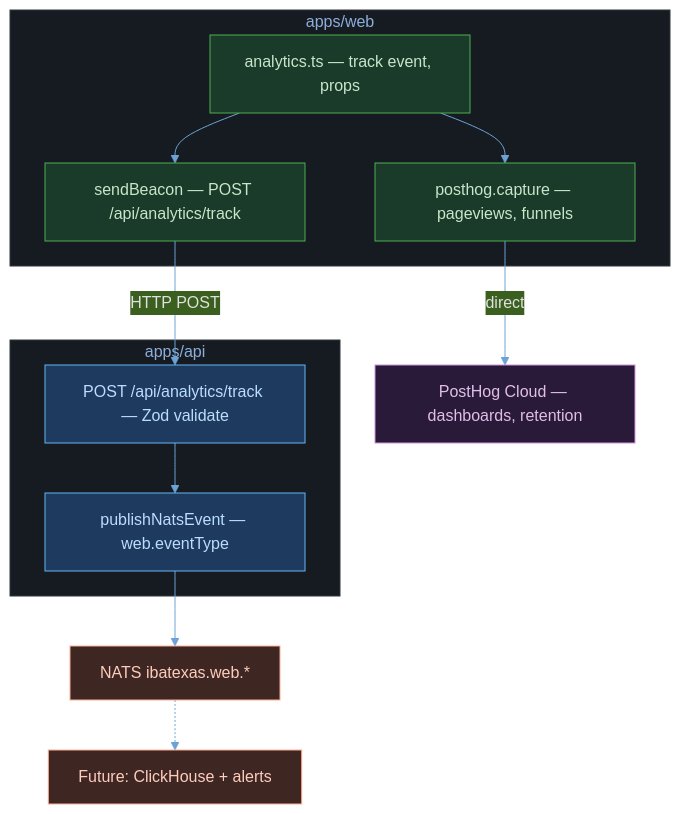
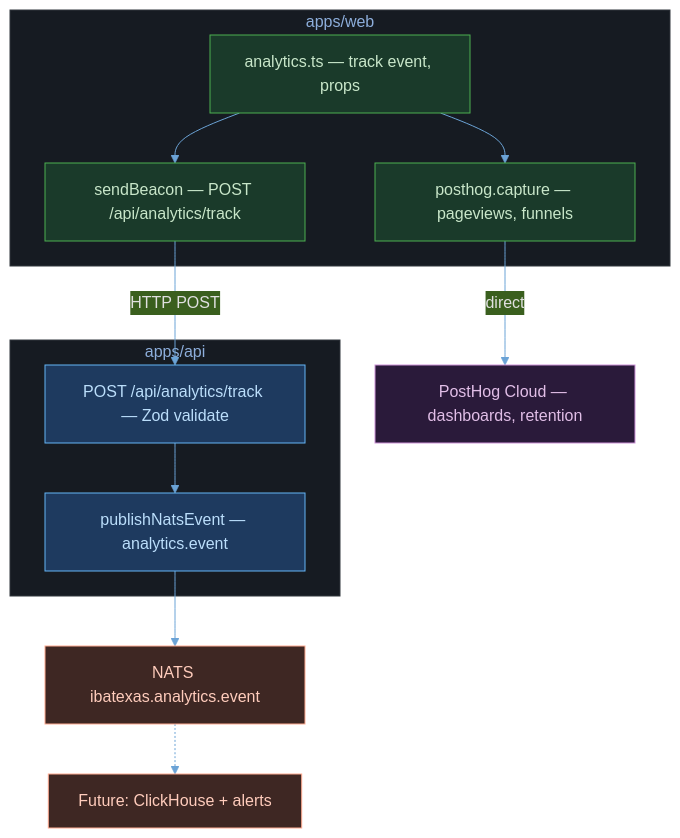
One commit to BrunoRodolpho/ibatexas changed the diagram in docs/ops/analytics-dashboards.md. Above: the diagram before and after it, drawn with Mermaid. The commit also changed other lines of this file and 239 other files, not shown here.

````diff
--- a/docs/ops/analytics-dashboards.md
+++ b/docs/ops/analytics-dashboards.md
@@ -5,35 +5,35 @@
 ```mermaid
 %%{init: {'theme': 'base', 'themeVariables': {'primaryColor': '#1e3a5f', 'primaryTextColor': '#e0e0e0', 'primaryBorderColor': '#4a90d9', 'lineColor': '#6ba3d6', 'background': '#0d1117', 'mainBkg': '#161b22', 'clusterBkg': '#161b22', 'clusterBorder': '#30363d'}}}%%
 flowchart TD
   subgraph CLIENT["apps/web"]
     TRACK["analytics.ts — track event, props"]
     PH_CAP["posthog.capture — pageviews, funnels"]
     BEACON["sendBeacon — POST /api/analytics/track"]
   end
 
   subgraph SERVER["apps/api"]
     ROUTE["POST /api/analytics/track — Zod validate"]
-    NATS_PUB["publishNatsEvent — web.eventType"]
+    NATS_PUB["publishNatsEvent — analytics.event"]
   end
 
   POSTHOG["PostHog Cloud — dashboards, retention"]
-  NATS_BUS["NATS ibatexas.web.*"]
+  NATS_BUS["NATS ibatexas.analytics.event"]
   FUTURE["Future: ClickHouse + alerts"]
 
   TRACK --> PH_CAP
   TRACK --> BEACON
   PH_CAP -->|direct| POSTHOG
   BEACON -->|HTTP POST| ROUTE
   ROUTE --> NATS_PUB
   NATS_PUB --> NATS_BUS
   NATS_BUS -.-> FUTURE
 
   style TRACK fill:#1a3a2a,stroke:#4caf50,color:#c8e6c9
   style PH_CAP fill:#1a3a2a,stroke:#4caf50,color:#c8e6c9
   style BEACON fill:#1a3a2a,stroke:#4caf50,color:#c8e6c9
   style ROUTE fill:#1e3a5f,stroke:#64b5f6,color:#bbdefb
   style NATS_PUB fill:#1e3a5f,stroke:#64b5f6,color:#bbdefb
   style POSTHOG fill:#2a1a3a,stroke:#ce93d8,color:#e1bee7
   style NATS_BUS fill:#3e2723,stroke:#ffab91,color:#ffccbc
   style FUTURE fill:#3e2723,stroke:#ffab91,color:#ffccbc
 ```
````
